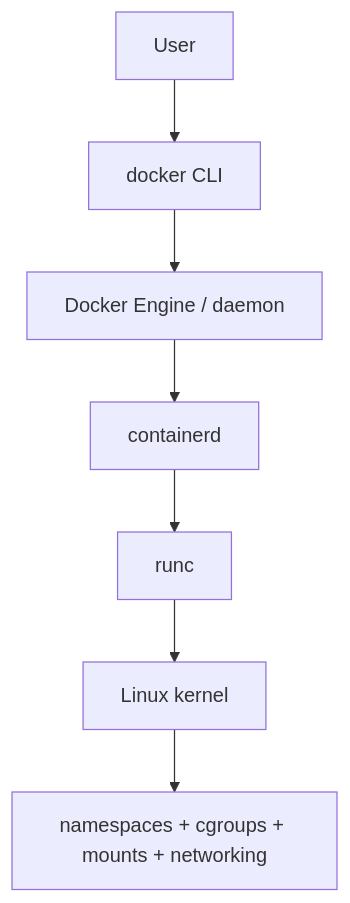
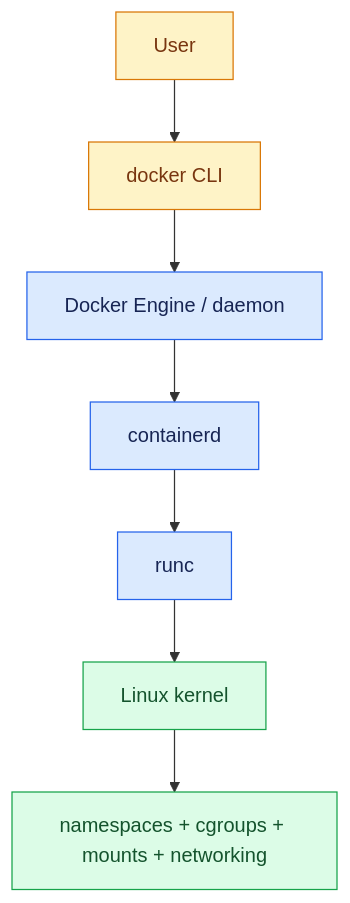
The diagram in docs/docker/08-runc-containerd-and-docker.md (sameeralam3127/compute-central-docs), drawn with Mermaid before and after one commit. The commit also changed other lines of this file and 27 other files, not shown here.

````diff
--- a/docs/docker/08-runc-containerd-and-docker.md
+++ b/docs/docker/08-runc-containerd-and-docker.md
@@ -7,9 +7,15 @@
 ```mermaid
 flowchart TB
     U[User] --> CLI[docker CLI]
     CLI --> D[Docker Engine / daemon]
     D --> C[containerd]
     C --> R[runc]
     R --> K[Linux kernel]
     K --> N[namespaces + cgroups + mounts + networking]
+    classDef user fill:#fef3c7,stroke:#d97706,color:#78350f
+    classDef runtime fill:#dbeafe,stroke:#2563eb,color:#172554
+    classDef kernel fill:#dcfce7,stroke:#16a34a,color:#14532d
+    class U,CLI user
+    class D,C,R runtime
+    class K,N kernel
 ```
````
